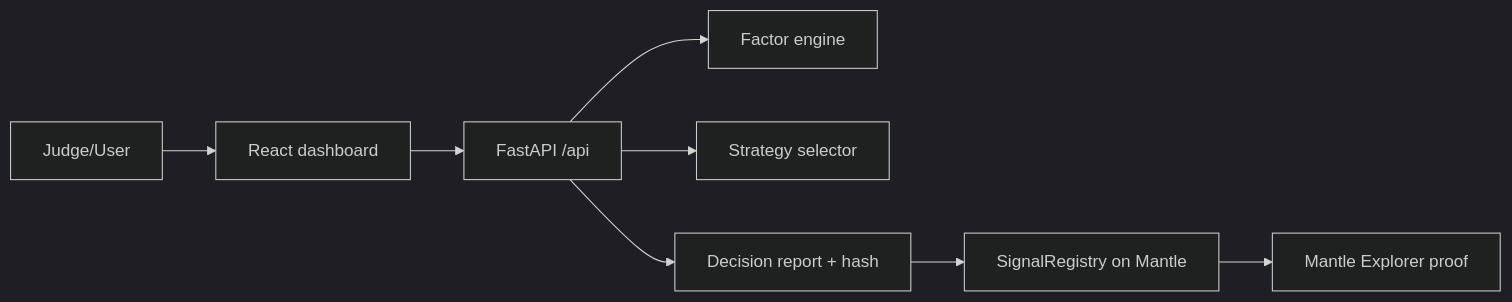
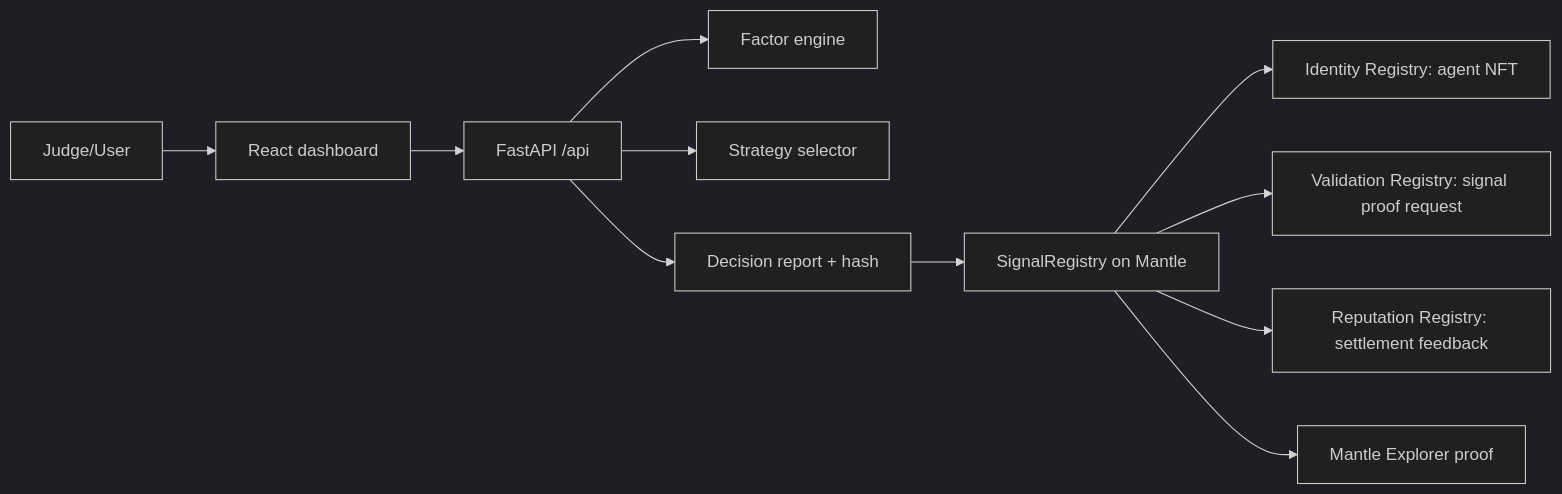
One commit to wuliangqi9-hue/quantagent-alpha-registry changed the diagram in README.md. Above: the diagram before and after it, drawn with Mermaid (dark theme). The commit also changed other lines of this file and 32 other files, not shown here.

Commit message:
Add agent registry and reputation loop

````diff
--- a/README.md
+++ b/README.md
@@ -26,10 +28,13 @@
 ```mermaid
 flowchart LR
   A["Judge/User"] --> B["React dashboard"]
   B --> C["FastAPI /api"]
   C --> D["Factor engine"]
   C --> E["Strategy selector"]
   C --> F["Decision report + hash"]
   F --> G["SignalRegistry on Mantle"]
-  G --> H["Mantle Explorer proof"]
+  G --> H["Identity Registry: agent NFT"]
+  G --> I["Validation Registry: signal proof request"]
+  G --> J["Reputation Registry: settlement feedback"]
+  G --> K["Mantle Explorer proof"]
 ```
````
